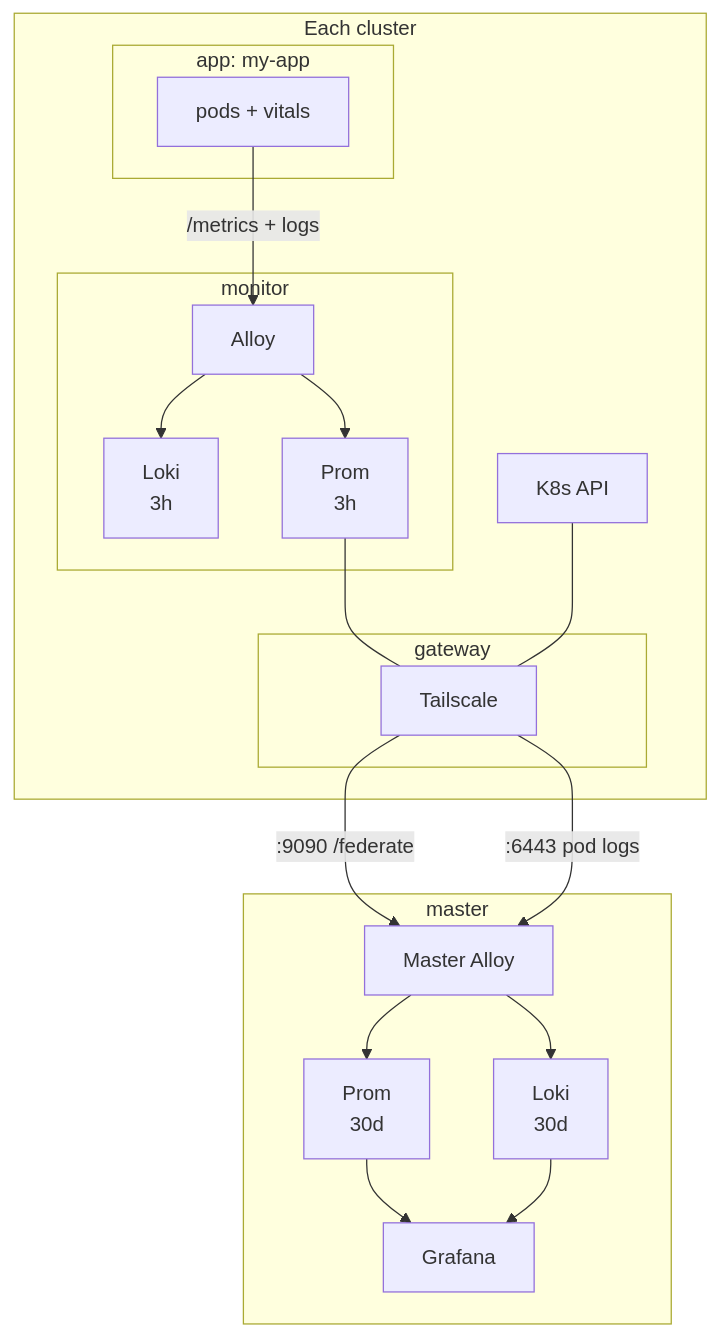
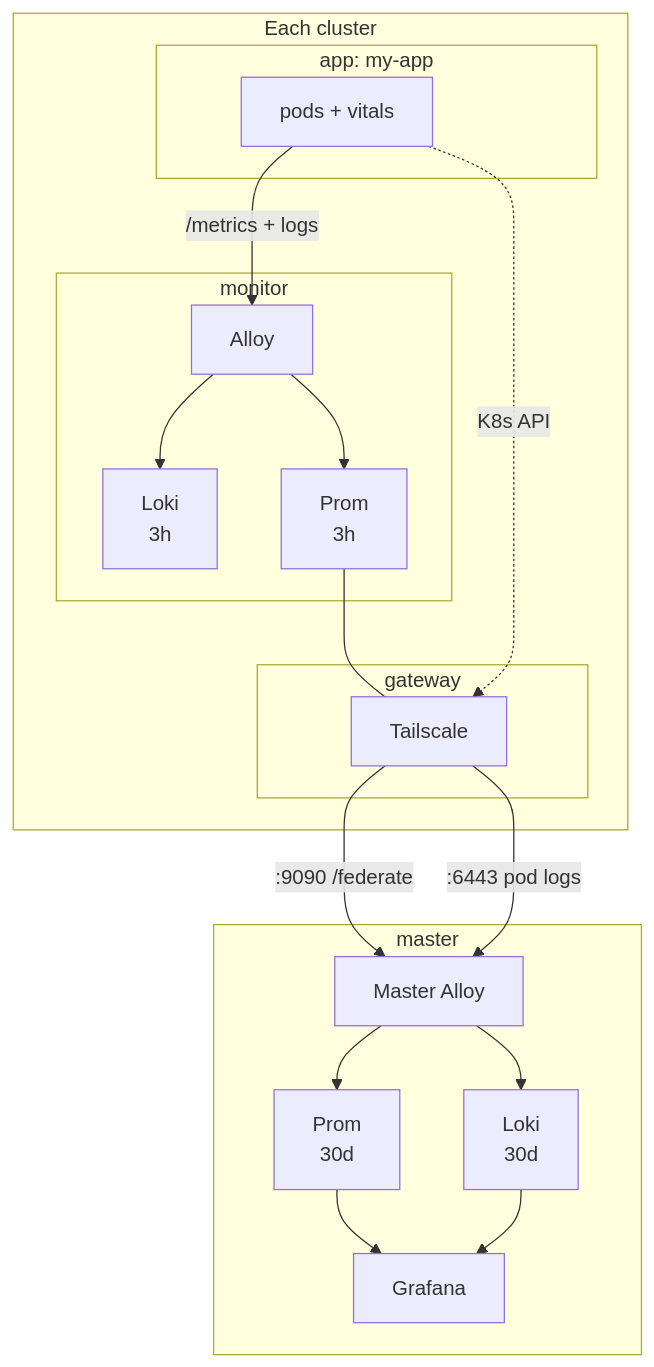
One commit to Kord96/kordinate changed the fourth of 4 diagrams in docs/infrastructure.md. Above: the diagram before and after it, drawn with Mermaid.

Commit message:
docs: K8s API as link from app to gateway, not standalone block [scribe]

````diff
--- a/docs/infrastructure.md
+++ b/docs/infrastructure.md
@@ -97,28 +97,28 @@
 ```mermaid
 flowchart TB
     subgraph cluster[Each cluster]
         subgraph app["app: my-app"]
             PODS[pods + vitals]
         end
 
         subgraph mon[monitor]
             AL[Alloy] --> L[Loki<br/>3h] & P[Prom<br/>3h]
         end
 
         subgraph gw[gateway]
             GWT[Tailscale]
         end
 
         PODS -->|/metrics + logs| AL
         P --- GWT
-        K8S[K8s API] --- GWT
+        PODS -.->|K8s API| GWT
     end
 
     GWT -->|:9090 /federate| MA
     GWT -->|:6443 pod logs| MA
 
     subgraph master[master]
         MA[Master Alloy] --> ML[Loki<br/>30d] & MP[Prom<br/>30d]
         MP & ML --> G[Grafana]
     end
 ```
````
